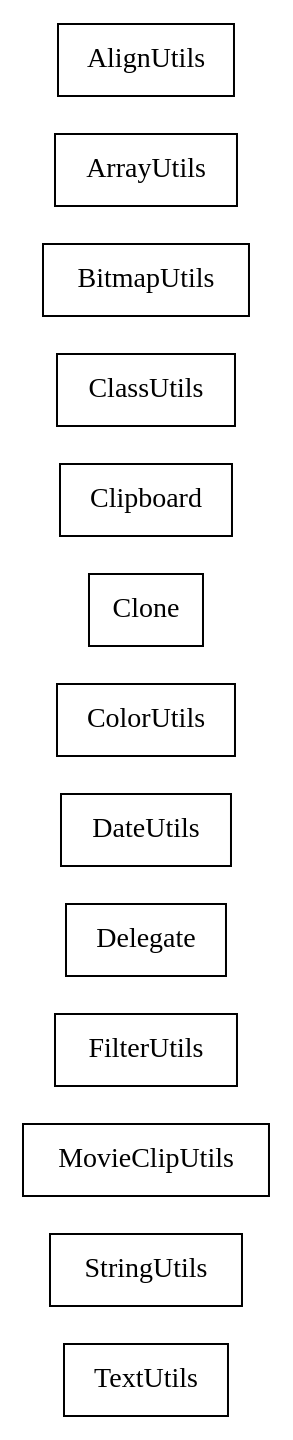
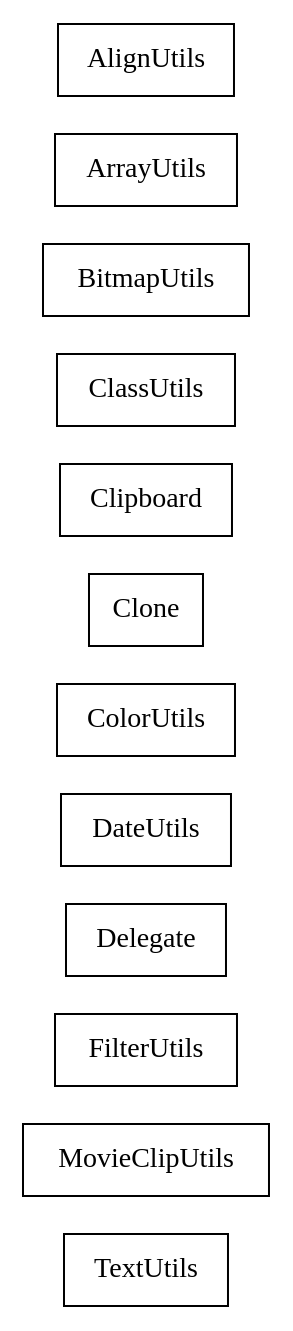
Before and after one commit to sekati/sasapi: the diagram in docs/com/sekati/utils/classes.dot, drawn with Graphviz. The commit also changed 134 other files, not shown here.

```diff
--- a/docs/com/sekati/utils/classes.dot
+++ b/docs/com/sekati/utils/classes.dot
@@ -1,81 +1,75 @@
 strict digraph class_diagram {
   rankdir=LR;
   TypeTextUtils[
     label="TextUtils",
     URL="TextUtils.html",
     tooltip="com.sekati.utils.TextUtils",
-    shape="record"
-  ];
-  TypeStringUtils[
-    label="StringUtils",
-    URL="StringUtils.html",
-    tooltip="com.sekati.utils.StringUtils",
     shape="record"
   ];
   TypeMovieClipUtils[
     label="MovieClipUtils",
     URL="MovieClipUtils.html",
     tooltip="com.sekati.utils.MovieClipUtils",
     shape="record"
   ];
   TypeFilterUtils[
     label="FilterUtils",
     URL="FilterUtils.html",
     tooltip="com.sekati.utils.FilterUtils",
     shape="record"
   ];
   TypeDelegate[
     label="Delegate",
     URL="Delegate.html",
     tooltip="com.sekati.utils.Delegate",
     shape="record"
   ];
   TypeDateUtils[
     label="DateUtils",
     URL="DateUtils.html",
     tooltip="com.sekati.utils.DateUtils",
     shape="record"
   ];
   TypeColorUtils[
     label="ColorUtils",
     URL="ColorUtils.html",
     tooltip="com.sekati.utils.ColorUtils",
     shape="record"
   ];
   TypeClone[
     label="Clone",
     URL="Clone.html",
     tooltip="com.sekati.utils.Clone",
     shape="record"
   ];
   TypeClipboard[
     label="Clipboard",
     URL="Clipboard.html",
     tooltip="com.sekati.utils.Clipboard",
     shape="record"
   ];
   TypeClassUtils[
     label="ClassUtils",
     URL="ClassUtils.html",
     tooltip="com.sekati.utils.ClassUtils",
     shape="record"
   ];
   TypeBitmapUtils[
     label="BitmapUtils",
     URL="BitmapUtils.html",
     tooltip="com.sekati.utils.BitmapUtils",
     shape="record"
   ];
   TypeArrayUtils[
     label="ArrayUtils",
     URL="ArrayUtils.html",
     tooltip="com.sekati.utils.ArrayUtils",
     shape="record"
   ];
   TypeAlignUtils[
     label="AlignUtils",
     URL="AlignUtils.html",
     tooltip="com.sekati.utils.AlignUtils",
     shape="record"
   ];
 }
```
